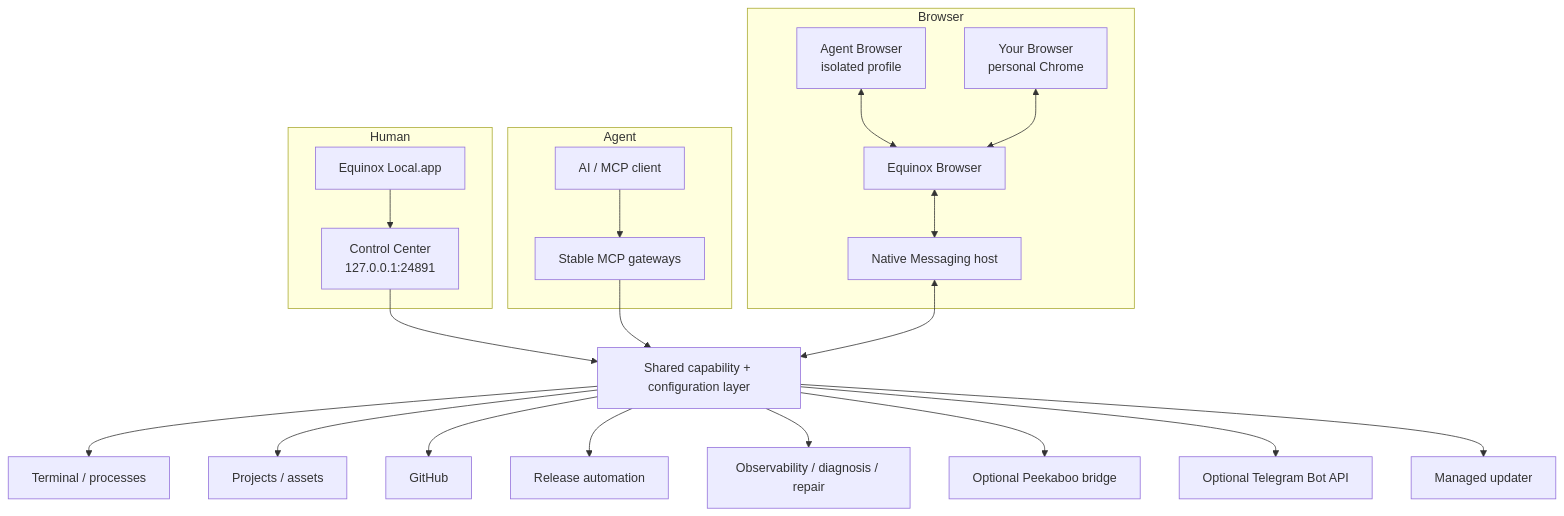
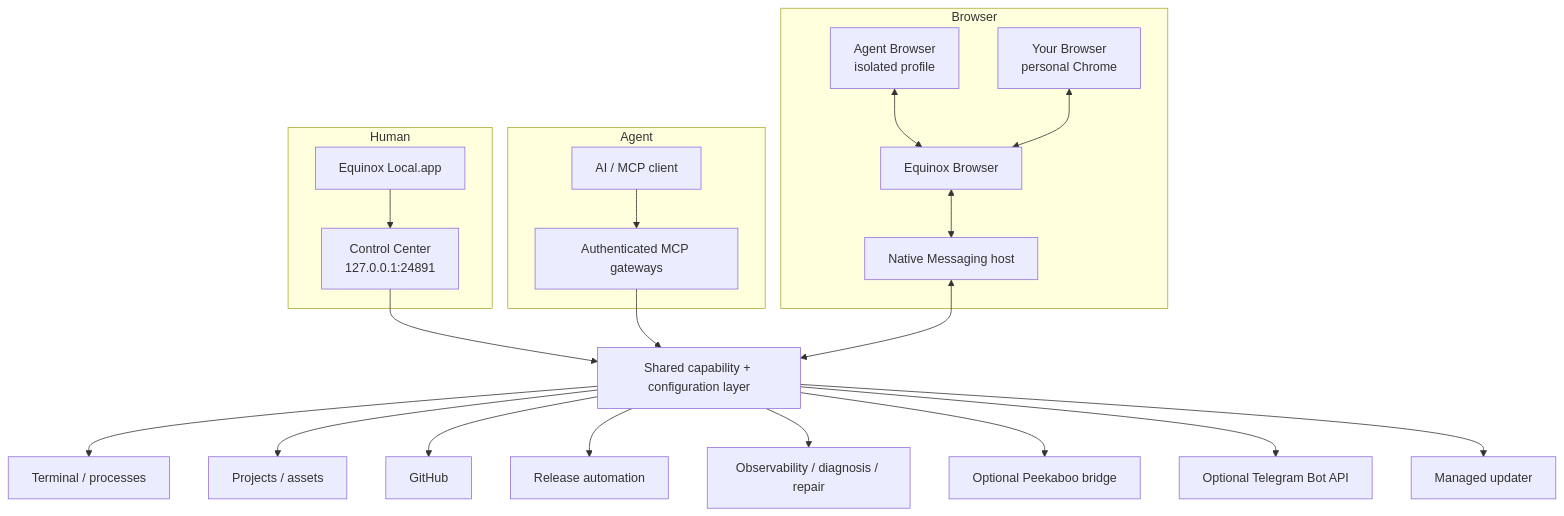
The diagram in docs/architecture.md (sametbasbug/equinox-local), drawn with Mermaid before and after one commit. The commit also changed other lines of this file and 8 other files, not shown here.

````diff
--- a/docs/architecture.md
+++ b/docs/architecture.md
@@ -20,37 +19,37 @@
 ```mermaid
 flowchart TB
     subgraph Human
       APP[Equinox Local.app]
       CC[Control Center\n127.0.0.1:24891]
       APP --> CC
     end
 
     subgraph Agent
       CLIENT[AI / MCP client]
-      GW[Stable MCP gateways]
+      GW[Authenticated MCP gateways]
     end
 
     CC --> CORE[Shared capability + configuration layer]
     CLIENT --> GW --> CORE
 
     CORE --> TERM[Terminal / processes]
     CORE --> FILES[Projects / assets]
     CORE --> GIT[GitHub]
     CORE --> WF[Release automation]
     CORE --> OBS[Observability / diagnosis / repair]
     CORE --> DESKTOP[Optional Peekaboo bridge]
     CORE --> TELEGRAM[Optional Telegram Bot API]
 
     subgraph Browser
       AGENT[Agent Browser\nisolated profile]
       USER[Your Browser\npersonal Chrome]
       EXT[Equinox Browser]
       HOST[Native Messaging host]
       AGENT <--> EXT
       USER <--> EXT
       EXT <--> HOST
     end
 
     HOST <--> CORE
     CORE --> UPDATER[Managed updater]
 ```
````
